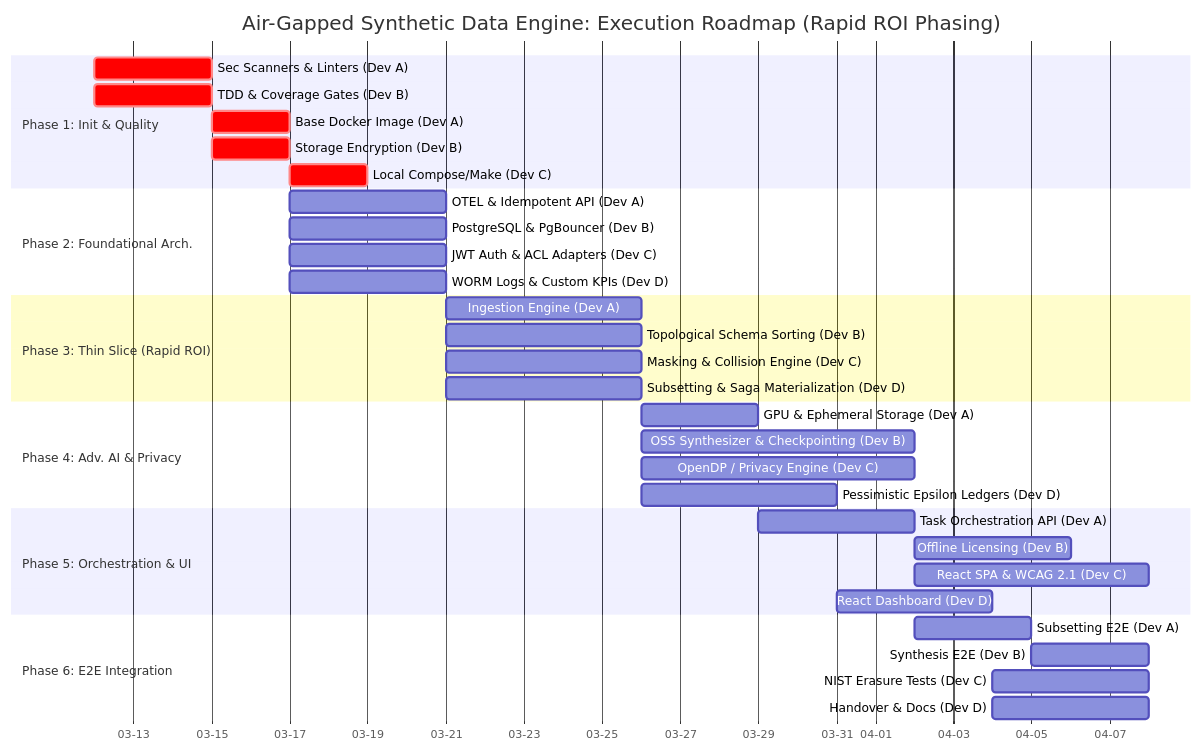
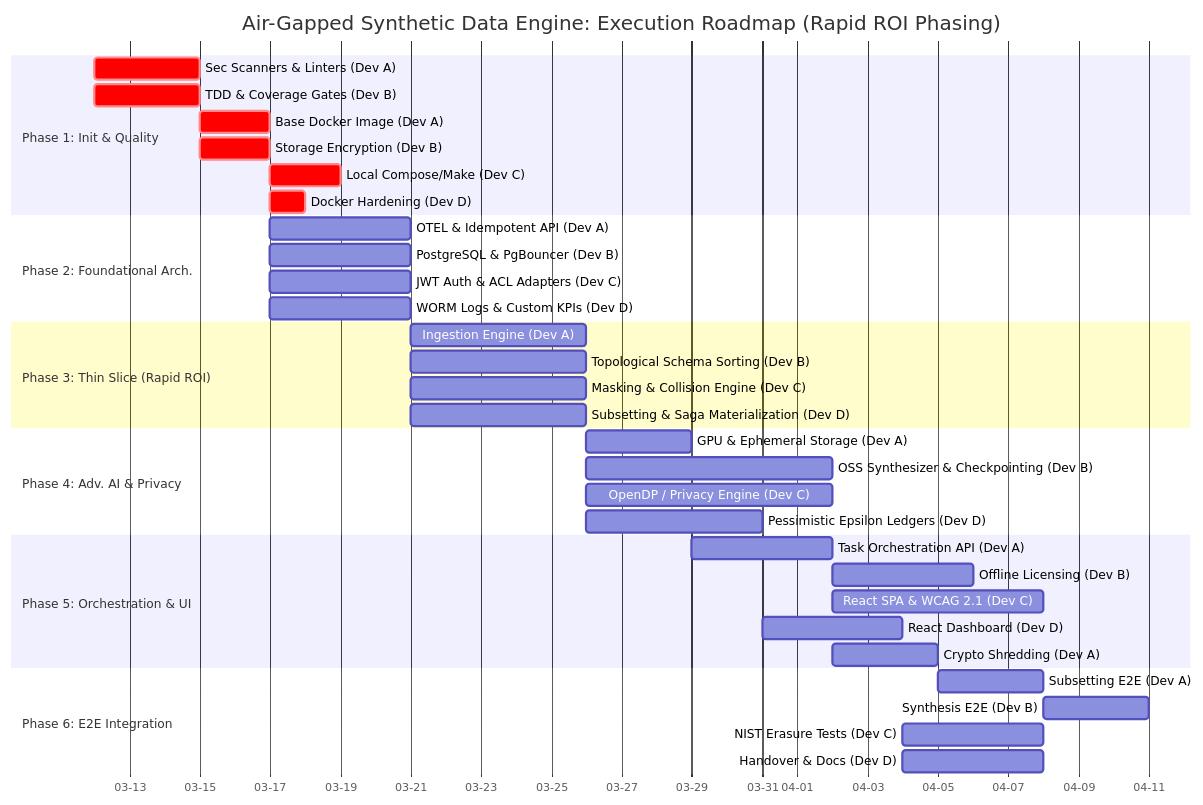
Before and after one commit to aedile/conclave: the diagram in docs/EXECUTION_PLAN.md, drawn with Mermaid. The commit also changed other lines of this file and 1 other file, not shown here.

````diff
--- a/docs/EXECUTION_PLAN.md
+++ b/docs/EXECUTION_PLAN.md
@@ -75,44 +77,46 @@
 ```mermaid
 gantt
     title Air-Gapped Synthetic Data Engine: Execution Roadmap (Rapid ROI Phasing)
     dateFormat  YYYY-MM-DD
     axisFormat  %m-%d
     todayMarker off
     
     section Phase 1: Init & Quality
     Sec Scanners & Linters (Dev A) :crit, t1_1, 2026-03-12, 3d
     TDD & Coverage Gates (Dev B)   :crit, t1_2, 2026-03-12, 3d
     Base Docker Image (Dev A)      :crit, t1_3, after t1_1, 2d
     Storage Encryption (Dev B)     :crit, t1_4, after t1_2, 2d
     Local Compose/Make (Dev C)     :crit, t1_5, after t1_3, 2d
+    Docker Hardening (Dev D)       :crit, t1_6, after t1_4, 1d
 
     section Phase 2: Foundational Arch.
     OTEL & Idempotent API (Dev A)            :t2_1, after t1_3, 4d
     PostgreSQL & PgBouncer (Dev B)           :t2_2, after t1_3, 4d
     JWT Auth & ACL Adapters (Dev C)          :t2_3, after t1_3, 4d
     WORM Logs & Custom KPIs (Dev D)          :t2_4, after t1_3, 4d
 
     section Phase 3: Thin Slice (Rapid ROI)
     Ingestion Engine (Dev A)                    :t3_1, after t2_1, 5d
     Topological Schema Sorting (Dev B)          :t3_2, after t2_1, 5d
     Masking & Collision Engine (Dev C)          :t3_3, after t2_1, 5d
     Subsetting & Saga Materialization (Dev D)   :t3_4, after t2_1, 5d
 
     section Phase 4: Adv. AI & Privacy
     GPU & Ephemeral Storage (Dev A)     :t4_1, after t3_1, 3d
     OSS Synthesizer & Checkpointing (Dev B):t4_2, after t3_2, 7d
     OpenDP / Privacy Engine (Dev C)     :t4_3, after t3_3, 7d
     Pessimistic Epsilon Ledgers (Dev D) :t4_4, after t3_4, 5d
 
     section Phase 5: Orchestration & UI
     Task Orchestration API (Dev A) :t5_1, after t4_1, 4d
     Offline Licensing (Dev B)      :t5_2, after t4_2, 4d
     React SPA & WCAG 2.1 (Dev C)   :t5_3, after t4_3, 6d
     React Dashboard (Dev D)        :t5_4, after t4_4, 4d
+    Crypto Shredding (Dev A)       :t5_5, after t5_1, 3d
 
     section Phase 6: E2E Integration
-    Subsetting E2E (Dev A)         :t6_1, after t5_1, 3d
+    Subsetting E2E (Dev A)         :t6_1, after t5_5, 3d
     Synthesis E2E (Dev B)          :t6_2, after t6_1, 3d
     NIST Erasure Tests (Dev C)     :t6_3, after t5_4, 4d
     Handover & Docs (Dev D)        :t6_4, after t5_4, 4d
 ```
````
